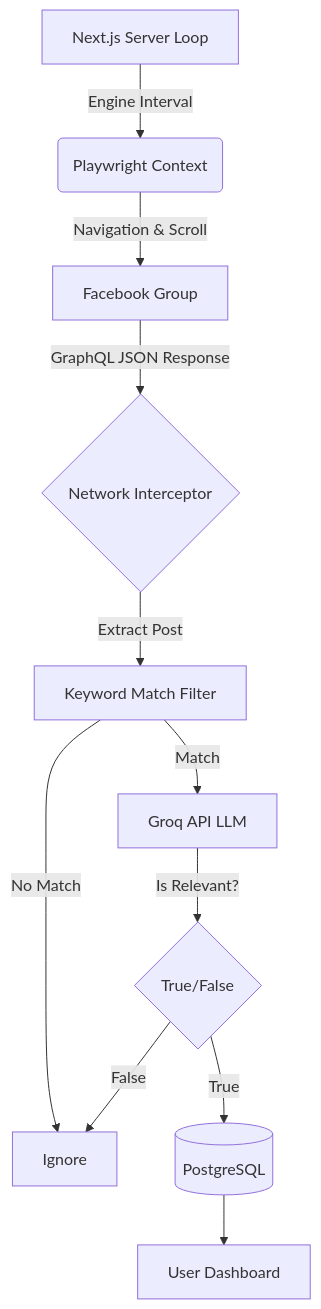
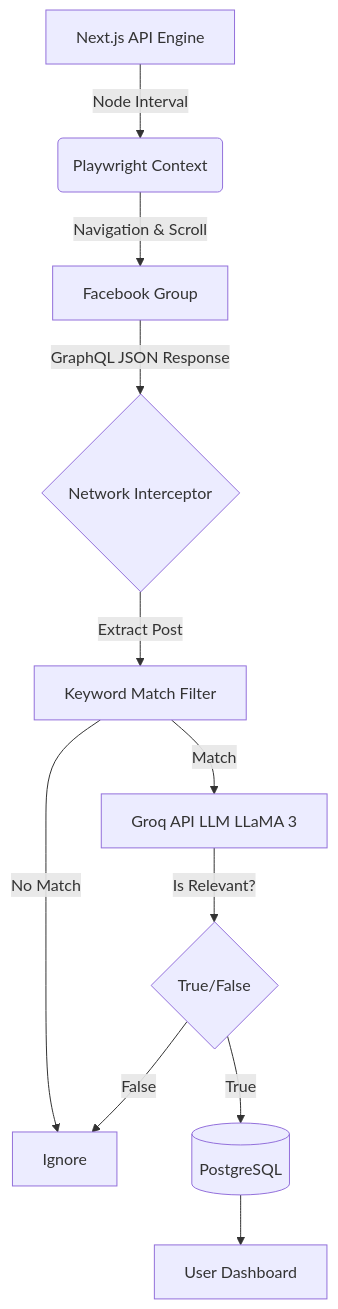
Before and after one commit to Abubakkar-Khan/GroupScout: the first of 2 diagrams in README.md, drawn with Mermaid. The commit also changed 9 other files, not shown here.

````diff
--- a/README.md
+++ b/README.md
@@ -49,13 +49,13 @@
 ```mermaid
 graph TD
-    A[Next.js Server Loop] -->|Engine Interval| B(Playwright Context)
+    A[Next.js API Engine] -->|Node Interval| B(Playwright Context)
     B -->|Navigation & Scroll| C[Facebook Group]
     C -->|GraphQL JSON Response| D{Network Interceptor}
     D -->|Extract Post| E[Keyword Match Filter]
-    E -- Match --> F[Groq API LLM]
+    E -- Match --> F[Groq API LLM LLaMA 3]
     E -- No Match --> G[Ignore]
     F -->|Is Relevant?| H{True/False}
     H -- True --> I[(PostgreSQL)]
     H -- False --> G
     I --> J[User Dashboard]
 ```
````
